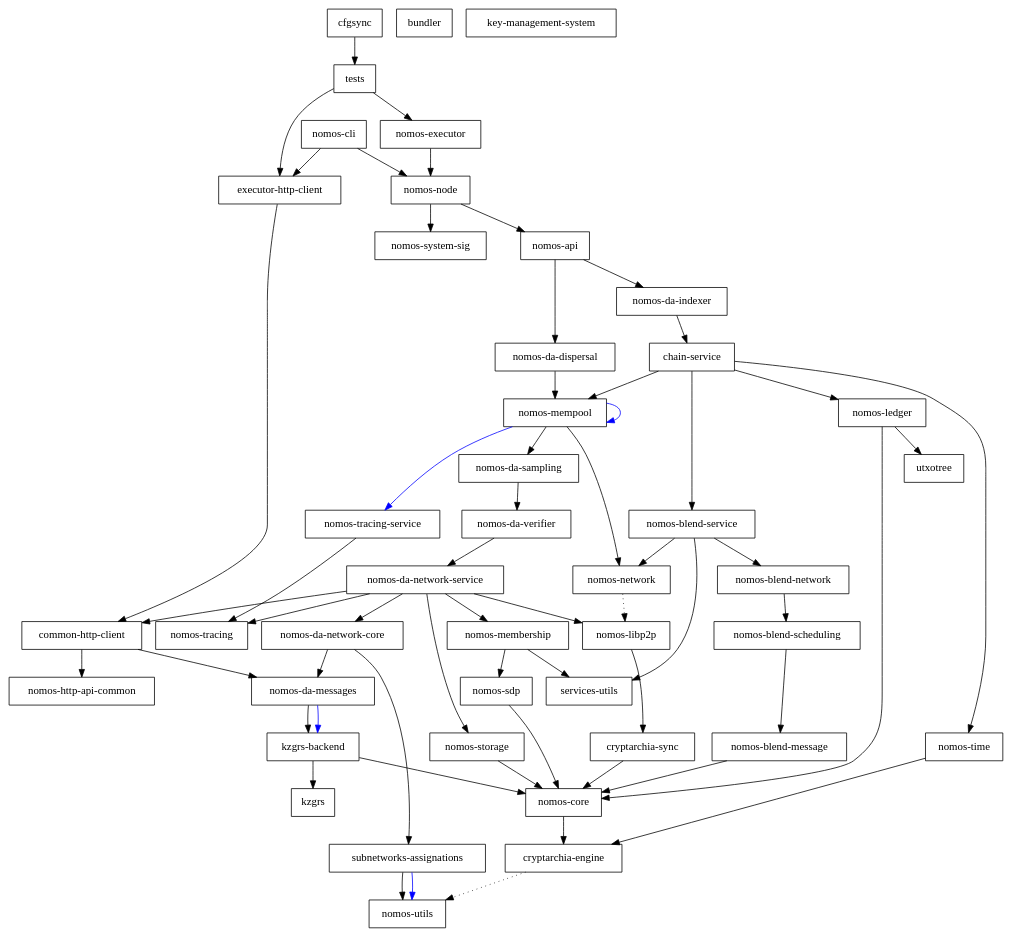
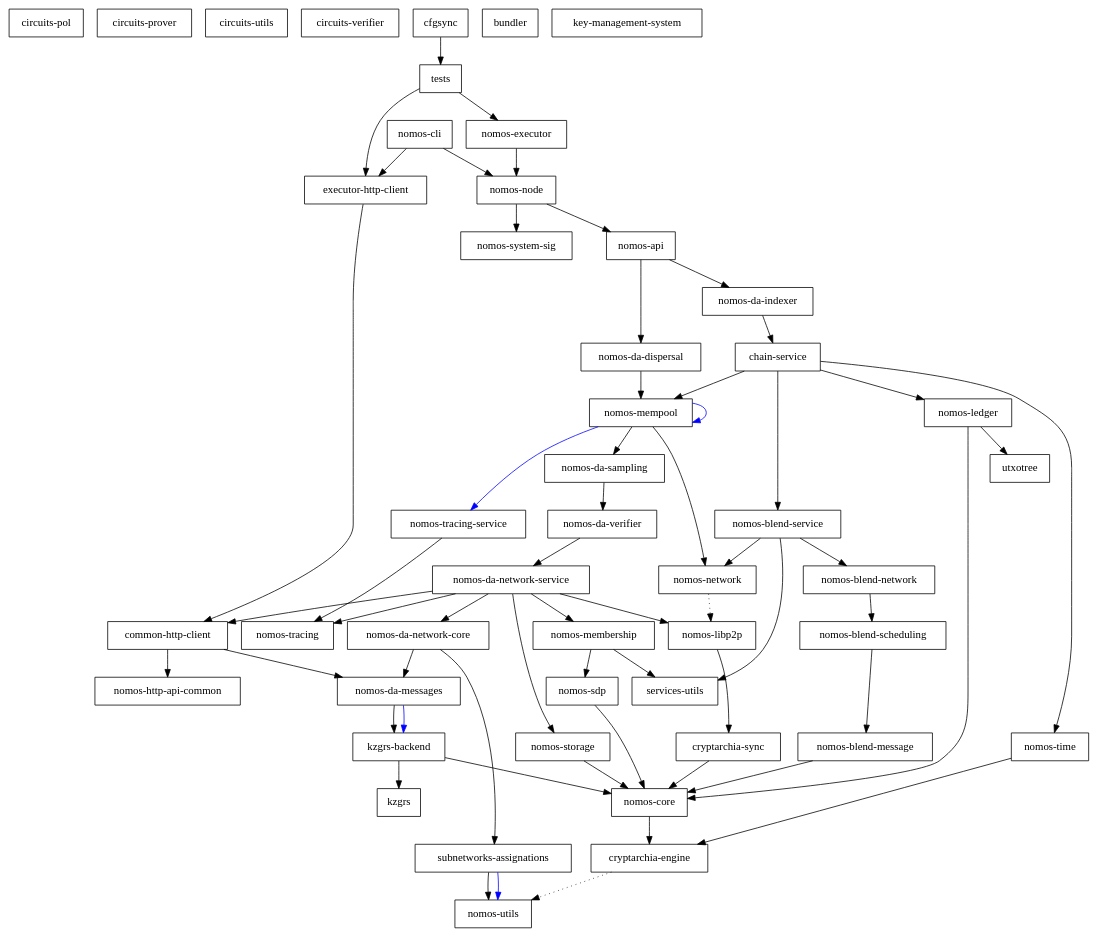
One commit to Astro521/logos-blockchain changed the diagram in dependencies_graph.dot. Above: the diagram before and after it, drawn with Graphviz. The commit also changed 10 other files, not shown here.

```diff
--- a/dependencies_graph.dot
+++ b/dependencies_graph.dot
@@ -1,103 +1,107 @@
 digraph {
-    0 [ label = "cryptarchia-engine" shape = box]
-    1 [ label = "nomos-utils" shape = box]
-    2 [ label = "cryptarchia-sync" shape = box]
-    3 [ label = "nomos-core" shape = box]
-    4 [ label = "nomos-ledger" shape = box]
-    5 [ label = "utxotree" shape = box]
-    6 [ label = "nomos-http-api-common" shape = box]
-    7 [ label = "nomos-executor" shape = box]
-    8 [ label = "kzgrs-backend" shape = box]
-    9 [ label = "kzgrs" shape = box]
-    10 [ label = "nomos-api" shape = box]
-    11 [ label = "chain-service" shape = box]
-    12 [ label = "nomos-blend-service" shape = box]
-    13 [ label = "nomos-blend-message" shape = box]
-    14 [ label = "nomos-blend-network" shape = box]
-    15 [ label = "nomos-blend-scheduling" shape = box]
-    16 [ label = "nomos-libp2p" shape = box]
-    17 [ label = "nomos-network" shape = box]
-    18 [ label = "services-utils" shape = box]
-    19 [ label = "nomos-da-sampling" shape = box]
-    20 [ label = "nomos-da-network-core" shape = box]
-    21 [ label = "nomos-da-messages" shape = box]
-    22 [ label = "subnetworks-assignations" shape = box]
-    23 [ label = "nomos-da-network-service" shape = box]
-    24 [ label = "common-http-client" shape = box]
-    25 [ label = "nomos-membership" shape = box]
-    26 [ label = "nomos-sdp" shape = box]
-    27 [ label = "nomos-storage" shape = box]
-    28 [ label = "nomos-tracing" shape = box]
-    29 [ label = "nomos-da-verifier" shape = box]
-    30 [ label = "nomos-mempool" shape = box]
-    31 [ label = "nomos-tracing-service" shape = box]
-    32 [ label = "nomos-time" shape = box]
-    33 [ label = "nomos-da-dispersal" shape = box]
-    34 [ label = "nomos-da-indexer" shape = box]
-    35 [ label = "nomos-node" shape = box]
-    36 [ label = "nomos-system-sig" shape = box]
-    37 [ label = "executor-http-client" shape = box]
-    38 [ label = "bundler" shape = box]
-    39 [ label = "nomos-cli" shape = box]
-    40 [ label = "key-management-system" shape = box]
-    41 [ label = "cfgsync" shape = box]
-    42 [ label = "tests" shape = box]
-    0 -> 1 [ style = dotted]
-    2 -> 3 [ ]
-    3 -> 0 [ ]
-    4 -> 3 [ ]
-    4 -> 5 [ ]
-    7 -> 35 [ ]
+    0 [ label = "circuits-pol" shape = box]
+    1 [ label = "circuits-prover" shape = box]
+    2 [ label = "circuits-utils" shape = box]
+    3 [ label = "circuits-verifier" shape = box]
+    4 [ label = "cryptarchia-engine" shape = box]
+    5 [ label = "nomos-utils" shape = box]
+    6 [ label = "cryptarchia-sync" shape = box]
+    7 [ label = "nomos-core" shape = box]
+    8 [ label = "nomos-ledger" shape = box]
+    9 [ label = "utxotree" shape = box]
+    10 [ label = "nomos-http-api-common" shape = box]
+    11 [ label = "nomos-executor" shape = box]
+    12 [ label = "kzgrs-backend" shape = box]
+    13 [ label = "kzgrs" shape = box]
+    14 [ label = "nomos-api" shape = box]
+    15 [ label = "chain-service" shape = box]
+    16 [ label = "nomos-blend-service" shape = box]
+    17 [ label = "nomos-blend-message" shape = box]
+    18 [ label = "nomos-blend-network" shape = box]
+    19 [ label = "nomos-blend-scheduling" shape = box]
+    20 [ label = "nomos-libp2p" shape = box]
+    21 [ label = "nomos-network" shape = box]
+    22 [ label = "services-utils" shape = box]
+    23 [ label = "nomos-da-sampling" shape = box]
+    24 [ label = "nomos-da-network-core" shape = box]
+    25 [ label = "nomos-da-messages" shape = box]
+    26 [ label = "subnetworks-assignations" shape = box]
+    27 [ label = "nomos-da-network-service" shape = box]
+    28 [ label = "common-http-client" shape = box]
+    29 [ label = "nomos-membership" shape = box]
+    30 [ label = "nomos-sdp" shape = box]
+    31 [ label = "nomos-storage" shape = box]
+    32 [ label = "nomos-tracing" shape = box]
+    33 [ label = "nomos-da-verifier" shape = box]
+    34 [ label = "nomos-mempool" shape = box]
+    35 [ label = "nomos-tracing-service" shape = box]
+    36 [ label = "nomos-time" shape = box]
+    37 [ label = "nomos-da-dispersal" shape = box]
+    38 [ label = "nomos-da-indexer" shape = box]
+    39 [ label = "nomos-node" shape = box]
+    40 [ label = "nomos-system-sig" shape = box]
+    41 [ label = "executor-http-client" shape = box]
+    42 [ label = "bundler" shape = box]
+    43 [ label = "nomos-cli" shape = box]
+    44 [ label = "key-management-system" shape = box]
+    45 [ label = "cfgsync" shape = box]
+    46 [ label = "tests" shape = box]
+    4 -> 5 [ style = dotted]
+    6 -> 7 [ ]
+    7 -> 4 [ ]
+    8 -> 7 [ ]
     8 -> 9 [ ]
-    8 -> 3 [ ]
-    10 -> 33 [ ]
-    10 -> 34 [ ]
-    11 -> 12 [ ]
-    11 -> 4 [ ]
-    11 -> 30 [ ]
-    11 -> 32 [ ]
-    12 -> 14 [ ]
-    12 -> 17 [ ]
-    12 -> 18 [ ]
-    13 -> 3 [ ]
-    14 -> 15 [ ]
-    15 -> 13 [ ]
-    16 -> 2 [ ]
-    17 -> 16 [ style = dotted]
-    19 -> 29 [ ]
-    20 -> 21 [ ]
-    20 -> 22 [ ]
-    21 -> 8 [ ]
-    21 -> 8 [ color = blue]
-    22 -> 1 [ ]
-    22 -> 1 [ color = blue]
-    23 -> 24 [ ]
-    23 -> 20 [ ]
-    23 -> 16 [ ]
-    23 -> 25 [ ]
-    23 -> 27 [ ]
-    23 -> 28 [ ]
-    24 -> 21 [ ]
-    24 -> 6 [ ]
-    25 -> 26 [ ]
-    25 -> 18 [ ]
-    26 -> 3 [ ]
-    27 -> 3 [ ]
-    29 -> 23 [ ]
-    30 -> 19 [ ]
-    30 -> 30 [ color = blue]
-    30 -> 17 [ ]
-    30 -> 31 [ color = blue]
-    31 -> 28 [ ]
-    32 -> 0 [ ]
-    33 -> 30 [ ]
-    34 -> 11 [ ]
-    35 -> 10 [ ]
-    35 -> 36 [ ]
-    37 -> 24 [ ]
-    39 -> 37 [ ]
-    39 -> 35 [ ]
-    41 -> 42 [ ]
-    42 -> 37 [ ]
-    42 -> 7 [ ]
+    11 -> 39 [ ]
+    12 -> 13 [ ]
+    12 -> 7 [ ]
+    14 -> 37 [ ]
+    14 -> 38 [ ]
+    15 -> 16 [ ]
+    15 -> 8 [ ]
+    15 -> 34 [ ]
+    15 -> 36 [ ]
+    16 -> 18 [ ]
+    16 -> 21 [ ]
+    16 -> 22 [ ]
+    17 -> 7 [ ]
+    18 -> 19 [ ]
+    19 -> 17 [ ]
+    20 -> 6 [ ]
+    21 -> 20 [ style = dotted]
+    23 -> 33 [ ]
+    24 -> 25 [ ]
+    24 -> 26 [ ]
+    25 -> 12 [ ]
+    25 -> 12 [ color = blue]
+    26 -> 5 [ ]
+    26 -> 5 [ color = blue]
+    27 -> 28 [ ]
+    27 -> 24 [ ]
+    27 -> 20 [ ]
+    27 -> 29 [ ]
+    27 -> 31 [ ]
+    27 -> 32 [ ]
+    28 -> 25 [ ]
+    28 -> 10 [ ]
+    29 -> 30 [ ]
+    29 -> 22 [ ]
+    30 -> 7 [ ]
+    31 -> 7 [ ]
+    33 -> 27 [ ]
+    34 -> 23 [ ]
+    34 -> 34 [ color = blue]
+    34 -> 21 [ ]
+    34 -> 35 [ color = blue]
+    35 -> 32 [ ]
+    36 -> 4 [ ]
+    37 -> 34 [ ]
+    38 -> 15 [ ]
+    39 -> 14 [ ]
+    39 -> 40 [ ]
+    41 -> 28 [ ]
+    43 -> 41 [ ]
+    43 -> 39 [ ]
+    45 -> 46 [ ]
+    46 -> 41 [ ]
+    46 -> 11 [ ]
 }
```
